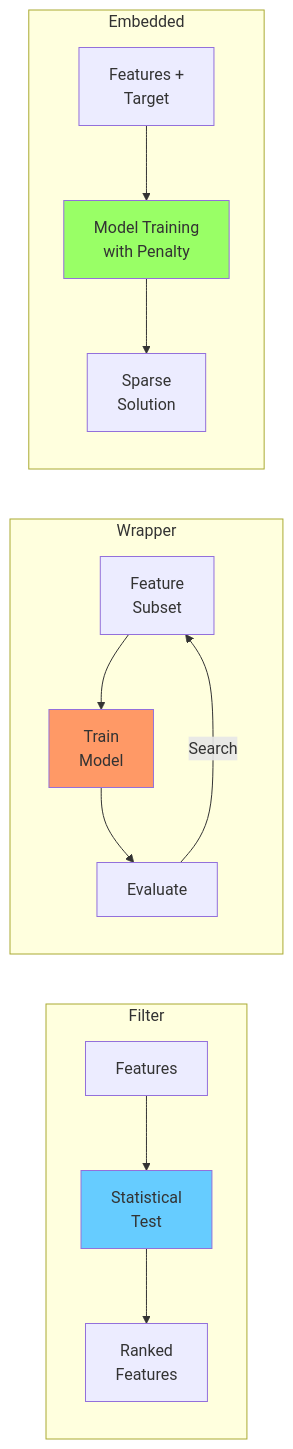
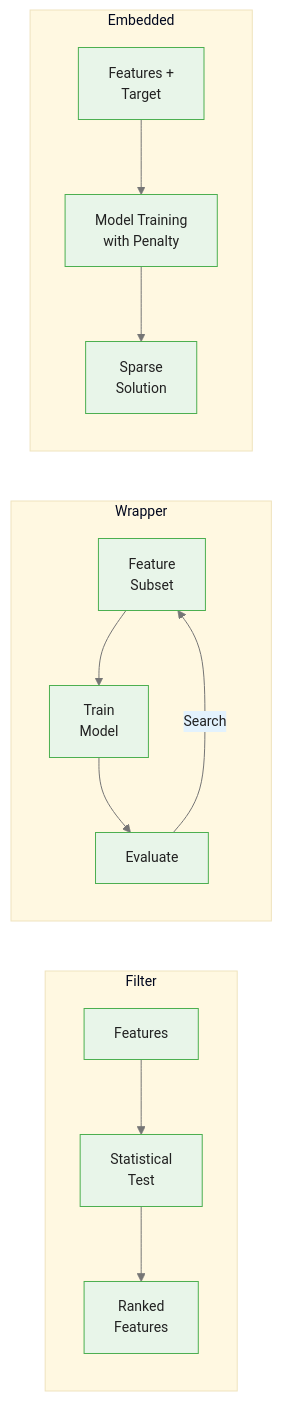
Before and after one commit to m-deane/course-creator: the first of 3 diagrams in courses/genetic-algorithms-feature-selection/modules/module_00_foundations/guides/02_selection_approaches_slides.md, drawn with Mermaid. The commit also changed other lines of this file and 52 other files, not shown here.

````diff
--- a/courses/genetic-algorithms-feature-selection/modules/module_00_foundations/guides/02_selection_approaches_slides.md
+++ b/courses/genetic-algorithms-feature-selection/modules/module_00_foundations/guides/02_selection_approaches_slides.md
@@ -24,16 +24,14 @@
 ```mermaid
+%%{init: {"theme": "base", "themeVariables": {"primaryColor": "#e8f5e9", "primaryBorderColor": "#4caf50", "primaryTextColor": "#212121", "secondaryColor": "#e3f2fd", "tertiaryColor": "#fff8e1", "lineColor": "#757575", "fontFamily": "Inter, sans-serif", "fontSize": "14px"}}}%%
 flowchart LR
     subgraph Filter
         F1[Features] --> F2[Statistical<br/>Test] --> F3[Ranked<br/>Features]
     end
     subgraph Wrapper
         W1[Feature<br/>Subset] --> W2[Train<br/>Model] --> W3[Evaluate]
         W3 -->|"Search"| W1
     end
     subgraph Embedded
         E1[Features +<br/>Target] --> E2[Model Training<br/>with Penalty] --> E3[Sparse<br/>Solution]
     end
-    style F2 fill:#6cf
-    style W2 fill:#f96
-    style E2 fill:#9f6
 ```
````
